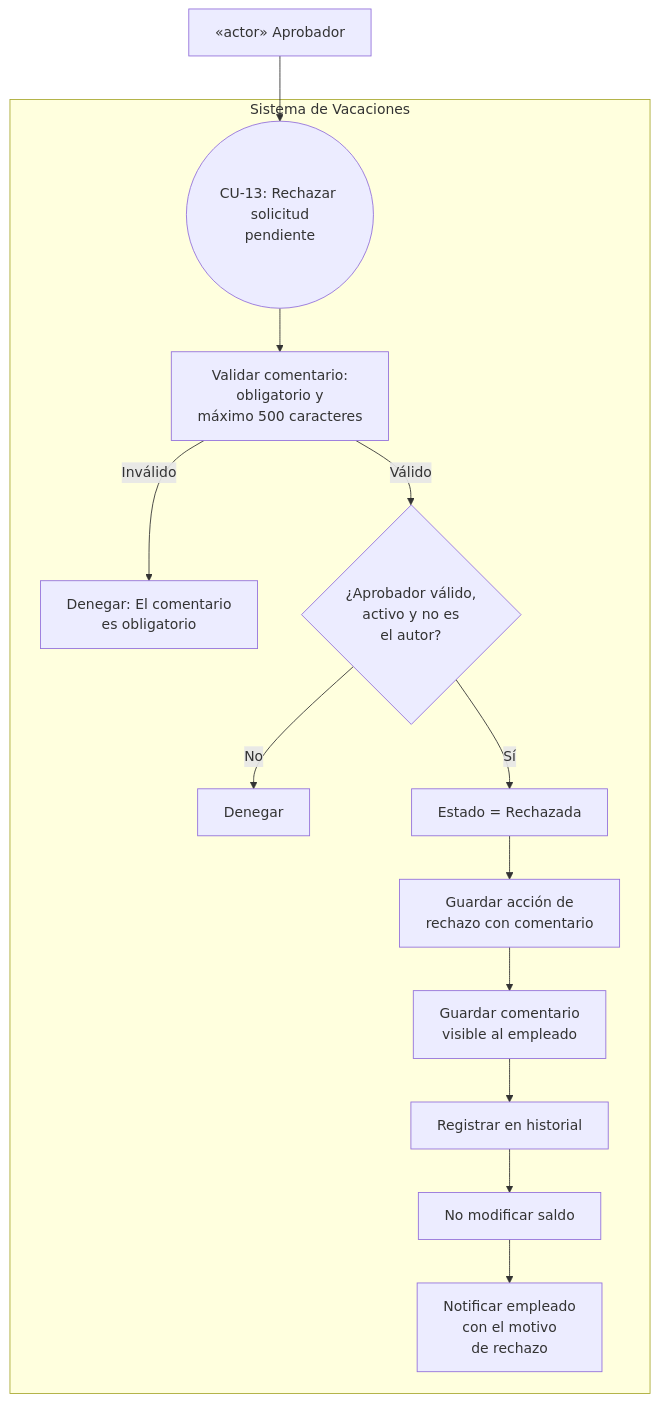
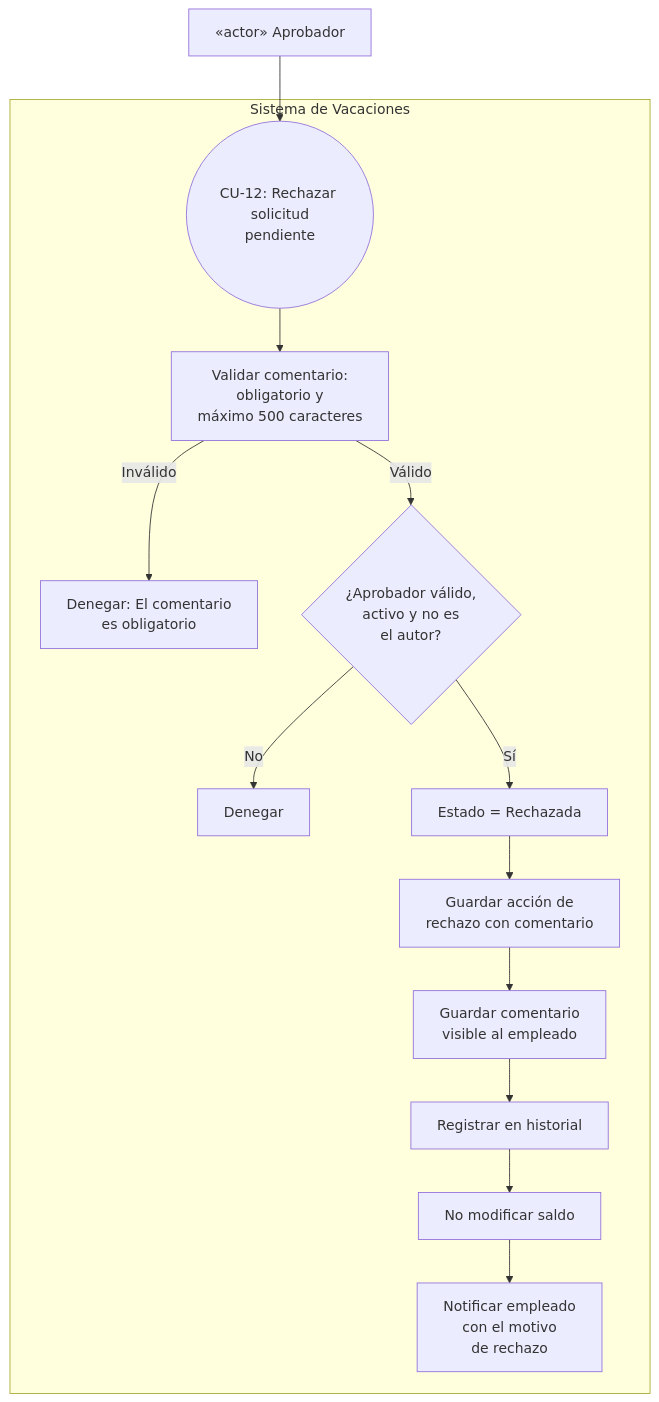
Diagram 12 of 19 in docs/use-case-diagrams.md (Oscar26-zs/Solicitud_de_Vacaciones), drawn with Mermaid before and after one commit. The commit also changed other lines of this file and 1 other file, not shown here.

````diff
--- a/docs/use-case-diagrams.md
+++ b/docs/use-case-diagrams.md
@@ -343,23 +322,23 @@
 ```mermaid
 graph TB
     subgraph S["Sistema de Vacaciones"]
-        CU13(("CU-13: Rechazar solicitud<br/>pendiente"))
+        CU12(("CU-12: Rechazar solicitud<br/>pendiente"))
         C1[Validar comentario:<br/>obligatorio y<br/>máximo 500 caracteres]
         C2[Denegar: El comentario<br/>es obligatorio]
         V1{¿Aprobador válido,<br/>activo y no es<br/>el autor?}
         V2[Denegar]
         T1[Estado = Rechazada]
         T2[Guardar acción de<br/>rechazo con comentario]
         T3[Guardar comentario<br/>visible al empleado]
         T4[Registrar en historial]
         T5[No modificar saldo]
         T6[Notificar empleado<br/>con el motivo<br/>de rechazo]
 
-        CU13 --> C1
+        CU12 --> C1
         C1 -->|Inválido| C2
         C1 -->|Válido| V1
         V1 -->|No| V2
         V1 -->|Sí| T1 --> T2 --> T3 --> T4 --> T5 --> T6
     end
-    Ap["«actor» Aprobador"] --> CU13
+    Ap["«actor» Aprobador"] --> CU12
 ```
````
